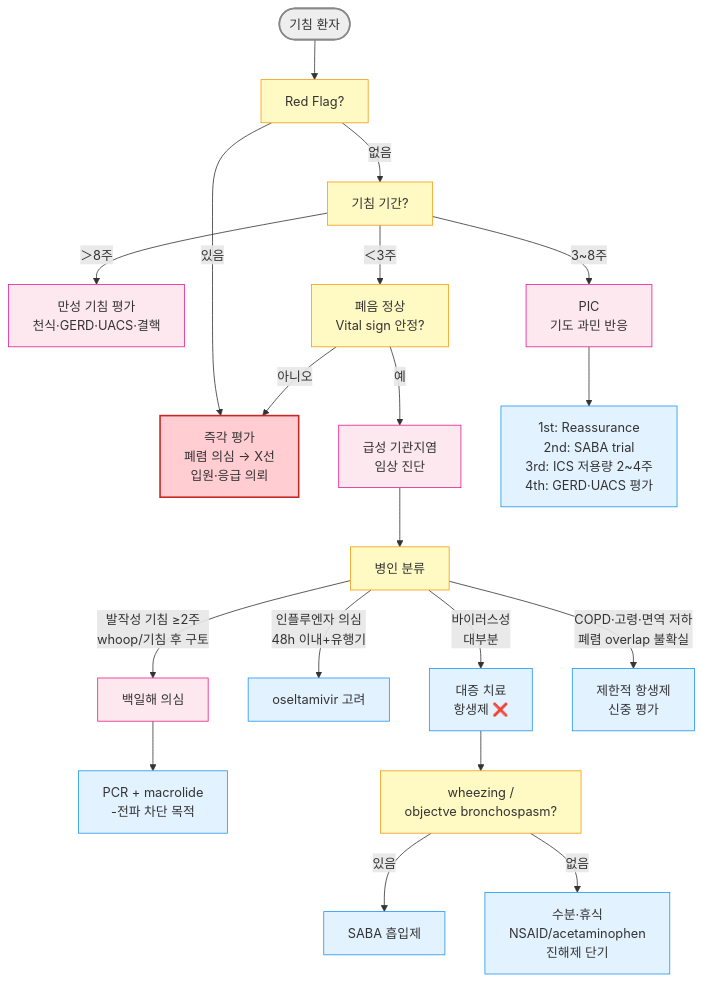
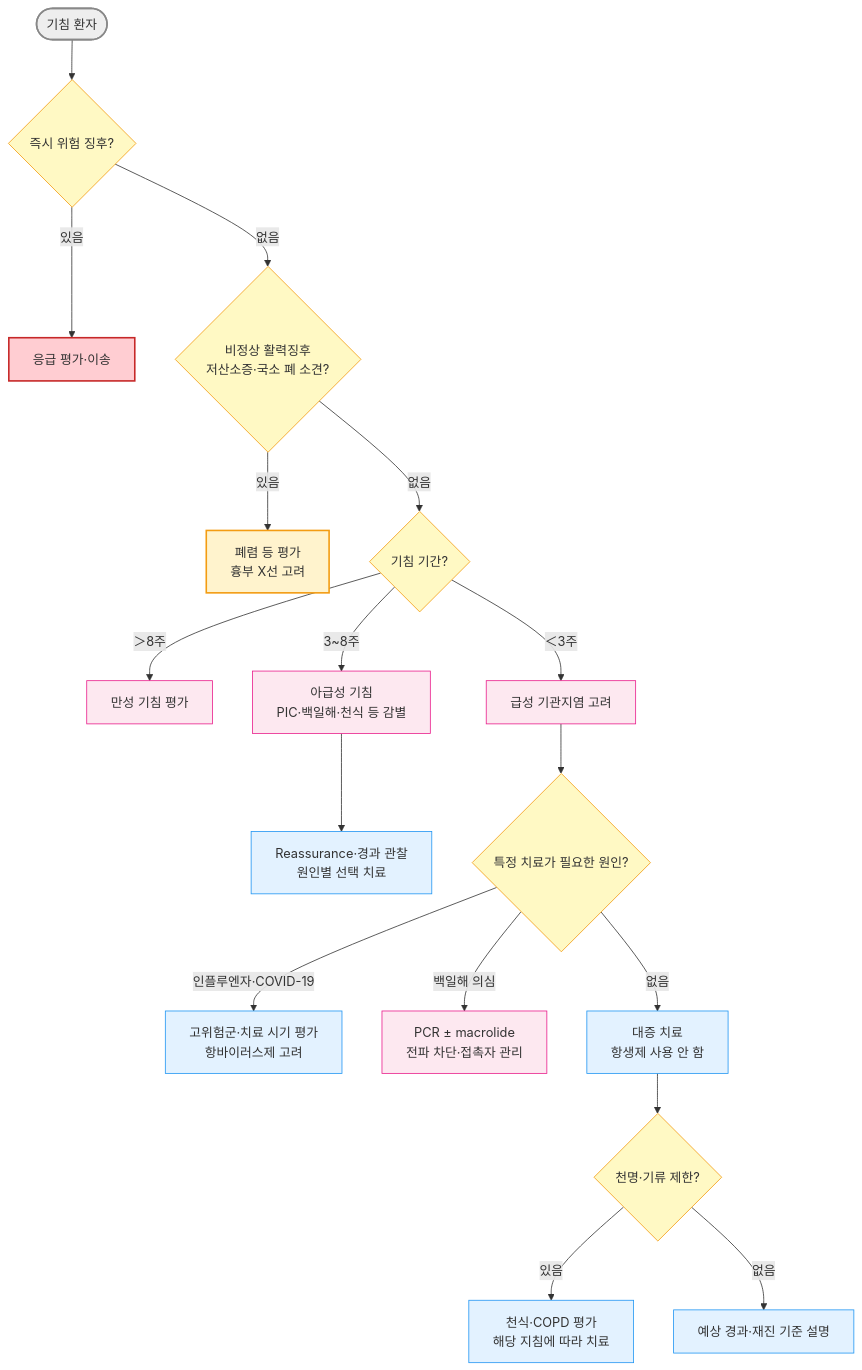
One commit to familyoh77/familyoh77 changed the diagram in 223_/066_-acute-bronchitis.md. Above: the diagram before and after it, drawn with Mermaid. The commit also changed other lines of this file and 7 other files, not shown here.

````diff
--- a/223_/066_-acute-bronchitis.md
+++ b/223_/066_-acute-bronchitis.md
@@ -106,29 +104,29 @@
 ```mermaid
 graph TD
-    A([기침 환자]) --> B[Red Flag?]
-    B -- "있음" --> C[즉각 평가<br/>폐렴 의심 → X선<br/>입원·응급 의뢰]
-    B -- "없음" --> D[기침 기간?]
-    D -- "＞8주" --> E[만성 기침 평가<br/>천식·GERD·UACS·결핵]
-    D -- "3~8주" --> PIC[PIC<br/>기도 과민 반응]
-    D -- "＜3주" --> F[폐음 정상<br/>Vital sign 안정?]
-    F -- "예" --> G[급성 기관지염 <br/>임상 진단]
-    F -- "아니오" --> C
-    PIC --> PIC2[1st: Reassurance<br/>2nd: SABA trial<br/>3rd: ICS 저용량 2~4주<br/>4th: GERD·UACS 평가]
-    G --> G1[병인 분류]
-    G1 -- "바이러스성<br/>대부분" --> V[대증 치료<br/>항생제 ❌]
-    G1 -- "인플루엔자 의심<br/>48h 이내+유행기" --> FLU[oseltamivir 고려]
-    G1 -- "발작성 기침 ≥2주<br/>whoop/기침 후 구토" --> P[백일해 의심]--> P1[PCR + macrolide<br/>-전파 차단 목적]
-    G1 -- "COPD·고령·면역 저하<br/>폐렴 overlap 불확실" --> HI[제한적 항생제<br/>신중 평가]
-    V --> SX[wheezing /<br/>objectve bronchospasm?]
-    SX -- "있음" --> SABA[SABA 흡입제]
-    SX -- "없음" --> SUP[수분·휴식<br/>NSAID/acetaminophen<br/>진해제 단기]
+    A([기침 환자]) --> B{즉시 위험 징후?}
+    B -- "있음" --> C[응급 평가·이송]
+    B -- "없음" --> D{비정상 활력징후<br/>저산소증·국소 폐 소견?}
+    D -- "있음" --> E[폐렴 등 평가<br/>흉부 X선 고려]
+    D -- "없음" --> F{기침 기간?}
+    F -- "＞8주" --> CC[만성 기침 평가]
+    F -- "3~8주" --> PIC[아급성 기침<br/>PIC·백일해·천식 등 감별]
+    F -- "＜3주" --> G[급성 기관지염 고려]
+    PIC --> PIC2[Reassurance·경과 관찰<br/>원인별 선택 치료]
+    G --> H{특정 치료가 필요한 원인?}
+    H -- "인플루엔자·COVID-19" --> AV[고위험군·치료 시기 평가<br/>항바이러스제 고려]
+    H -- "백일해 의심" --> P[PCR ± macrolide<br/>전파 차단·접촉자 관리]
+    H -- "없음" --> SUP[대증 치료<br/>항생제 사용 안 함]
+    SUP --> SX{천명·기류 제한?}
+    SX -- "있음" --> AIR[천식·COPD 평가<br/>해당 지침에 따라 치료]
+    SX -- "없음" --> FU[예상 경과·재진 기준 설명]
 style A fill:#eeeeee,stroke:#888888,stroke-width:2px
 classDef yellow fill:#fff9c4,stroke:#f39c12
-class B,D,F,G1,SX yellow
+class B,D,F,H,SX yellow
 classDef pink fill:#fde8f0,stroke:#e91e8c
-class E,G,PIC,P pink
+class CC,PIC,G,P pink
 classDef sky fill:#e3f2ff,stroke:#2196f3
-class PIC2,P1,SABA,SUP,V,FLU,HI sky
+class PIC2,AV,SUP,AIR,FU sky
     style C fill:#ffcdd2,stroke:#c62828,stroke-width:2px
+    style E fill:#fff3cd,stroke:#f39c12,stroke-width:2px
 
 ```
````
